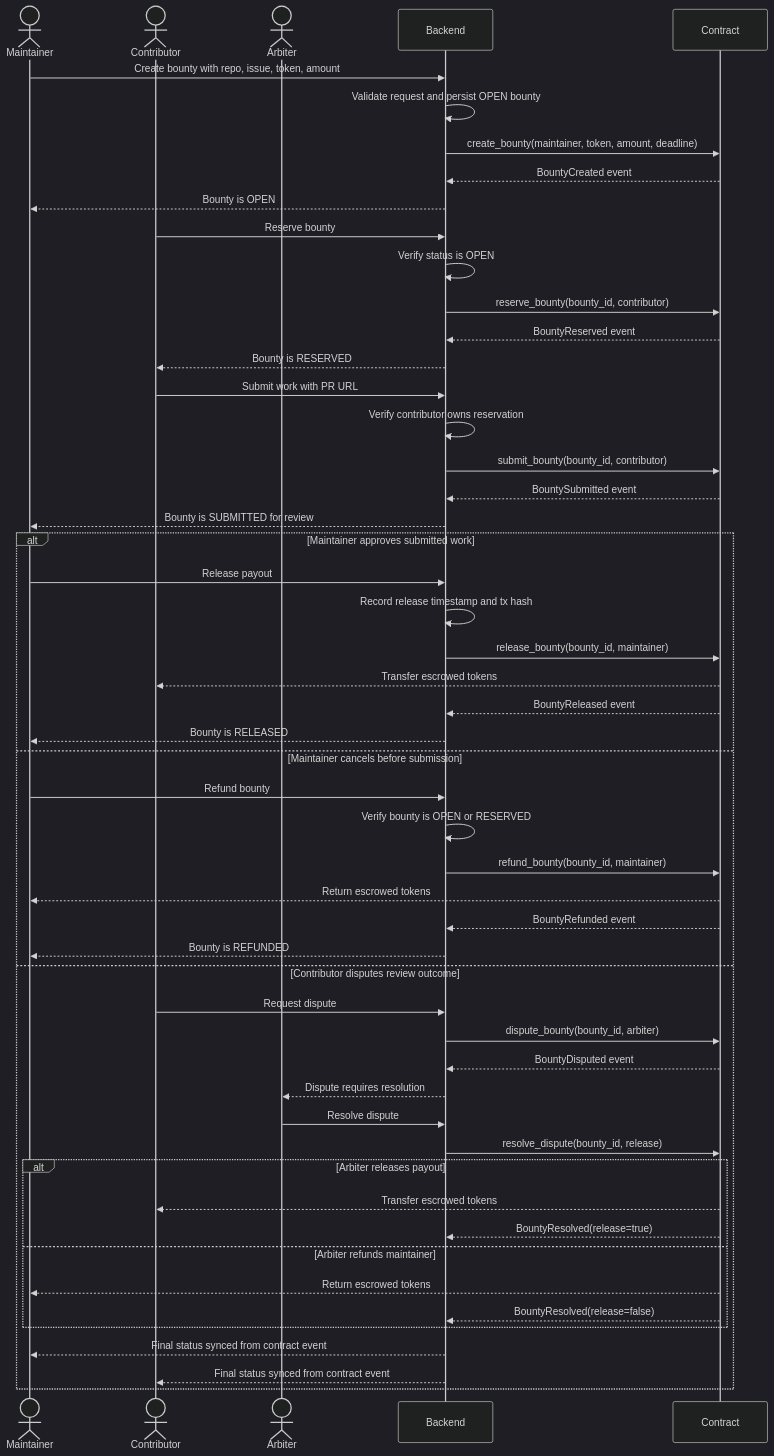
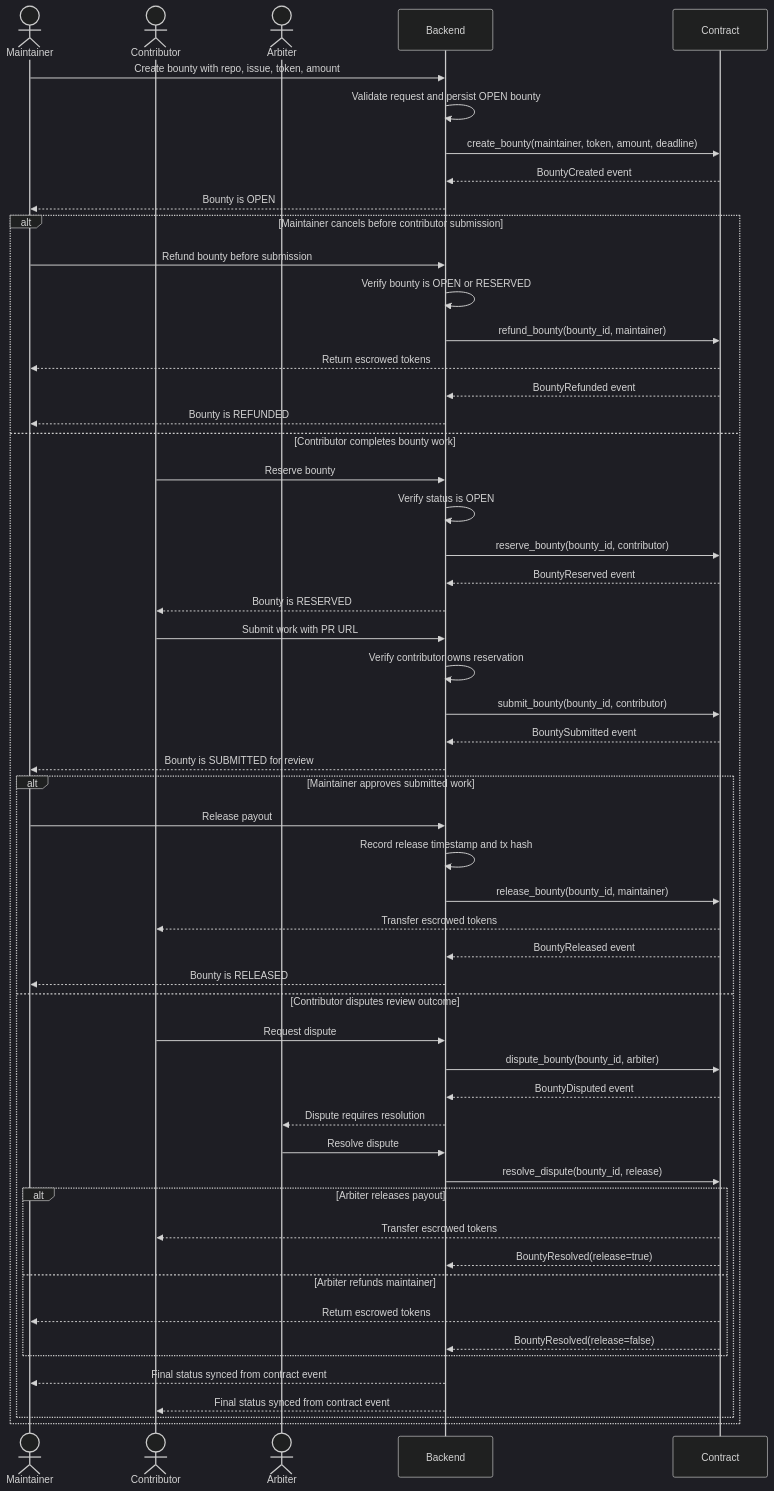
Before and after one commit to ritik4ever/stellar-bounty-board: the first of 6 diagrams in docs/ARCHITECTURE.md, drawn with Mermaid (dark theme).

Commit message:
docs: correct lifecycle refund branch

````diff
--- a/docs/ARCHITECTURE.md
+++ b/docs/ARCHITECTURE.md
@@ -178,58 +178,60 @@
 ```mermaid
 sequenceDiagram
     actor Maintainer
     actor Contributor
     actor Arbiter
     participant Backend
     participant Contract
 
     Maintainer->>Backend: Create bounty with repo, issue, token, amount
     Backend->>Backend: Validate request and persist OPEN bounty
     Backend->>Contract: create_bounty(maintainer, token, amount, deadline)
     Contract-->>Backend: BountyCreated event
     Backend-->>Maintainer: Bounty is OPEN
 
-    Contributor->>Backend: Reserve bounty
-    Backend->>Backend: Verify status is OPEN
-    Backend->>Contract: reserve_bounty(bounty_id, contributor)
-    Contract-->>Backend: BountyReserved event
-    Backend-->>Contributor: Bounty is RESERVED
-
-    Contributor->>Backend: Submit work with PR URL
-    Backend->>Backend: Verify contributor owns reservation
-    Backend->>Contract: submit_bounty(bounty_id, contributor)
-    Contract-->>Backend: BountySubmitted event
-    Backend-->>Maintainer: Bounty is SUBMITTED for review
-
-    alt Maintainer approves submitted work
-        Maintainer->>Backend: Release payout
-        Backend->>Backend: Record release timestamp and tx hash
-        Backend->>Contract: release_bounty(bounty_id, maintainer)
-        Contract-->>Contributor: Transfer escrowed tokens
-        Contract-->>Backend: BountyReleased event
-        Backend-->>Maintainer: Bounty is RELEASED
-    else Maintainer cancels before submission
-        Maintainer->>Backend: Refund bounty
+    alt Maintainer cancels before contributor submission
+        Maintainer->>Backend: Refund bounty before submission
         Backend->>Backend: Verify bounty is OPEN or RESERVED
         Backend->>Contract: refund_bounty(bounty_id, maintainer)
         Contract-->>Maintainer: Return escrowed tokens
         Contract-->>Backend: BountyRefunded event
         Backend-->>Maintainer: Bounty is REFUNDED
-    else Contributor disputes review outcome
-        Contributor->>Backend: Request dispute
-        Backend->>Contract: dispute_bounty(bounty_id, arbiter)
-        Contract-->>Backend: BountyDisputed event
-        Backend-->>Arbiter: Dispute requires resolution
-        Arbiter->>Backend: Resolve dispute
-        Backend->>Contract: resolve_dispute(bounty_id, release)
-        alt Arbiter releases payout
+    else Contributor completes bounty work
+        Contributor->>Backend: Reserve bounty
+        Backend->>Backend: Verify status is OPEN
+        Backend->>Contract: reserve_bounty(bounty_id, contributor)
+        Contract-->>Backend: BountyReserved event
+        Backend-->>Contributor: Bounty is RESERVED
+
+        Contributor->>Backend: Submit work with PR URL
+        Backend->>Backend: Verify contributor owns reservation
+        Backend->>Contract: submit_bounty(bounty_id, contributor)
+        Contract-->>Backend: BountySubmitted event
+        Backend-->>Maintainer: Bounty is SUBMITTED for review
+
+        alt Maintainer approves submitted work
+            Maintainer->>Backend: Release payout
+            Backend->>Backend: Record release timestamp and tx hash
+            Backend->>Contract: release_bounty(bounty_id, maintainer)
             Contract-->>Contributor: Transfer escrowed tokens
-            Contract-->>Backend: BountyResolved(release=true)
-        else Arbiter refunds maintainer
-            Contract-->>Maintainer: Return escrowed tokens
-            Contract-->>Backend: BountyResolved(release=false)
+            Contract-->>Backend: BountyReleased event
+            Backend-->>Maintainer: Bounty is RELEASED
+        else Contributor disputes review outcome
+            Contributor->>Backend: Request dispute
+            Backend->>Contract: dispute_bounty(bounty_id, arbiter)
+            Contract-->>Backend: BountyDisputed event
+            Backend-->>Arbiter: Dispute requires resolution
+            Arbiter->>Backend: Resolve dispute
+            Backend->>Contract: resolve_dispute(bounty_id, release)
+            alt Arbiter releases payout
+                Contract-->>Contributor: Transfer escrowed tokens
+                Contract-->>Backend: BountyResolved(release=true)
+            else Arbiter refunds maintainer
+                Contract-->>Maintainer: Return escrowed tokens
+                Contract-->>Backend: BountyResolved(release=false)
+            end
+            Backend-->>Maintainer: Final status synced from contract event
+            Backend-->>Contributor: Final status synced from contract event
         end
-        Backend-->>Maintainer: Final status synced from contract event
-        Backend-->>Contributor: Final status synced from contract event
     end
 ```
````
